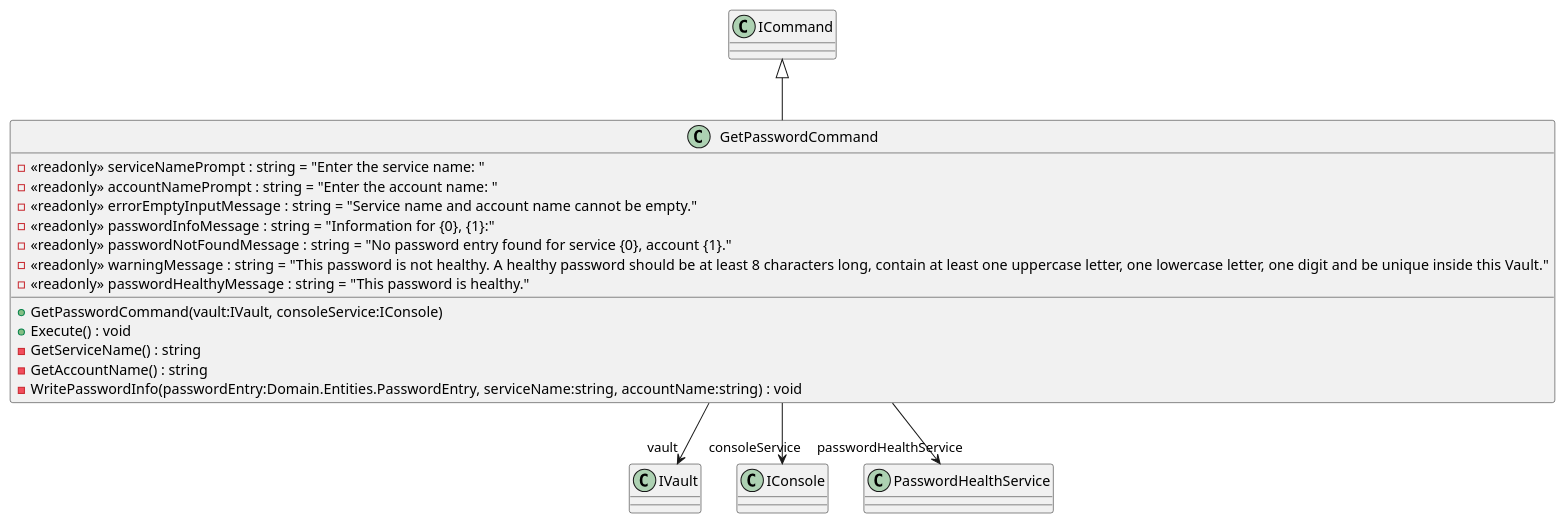
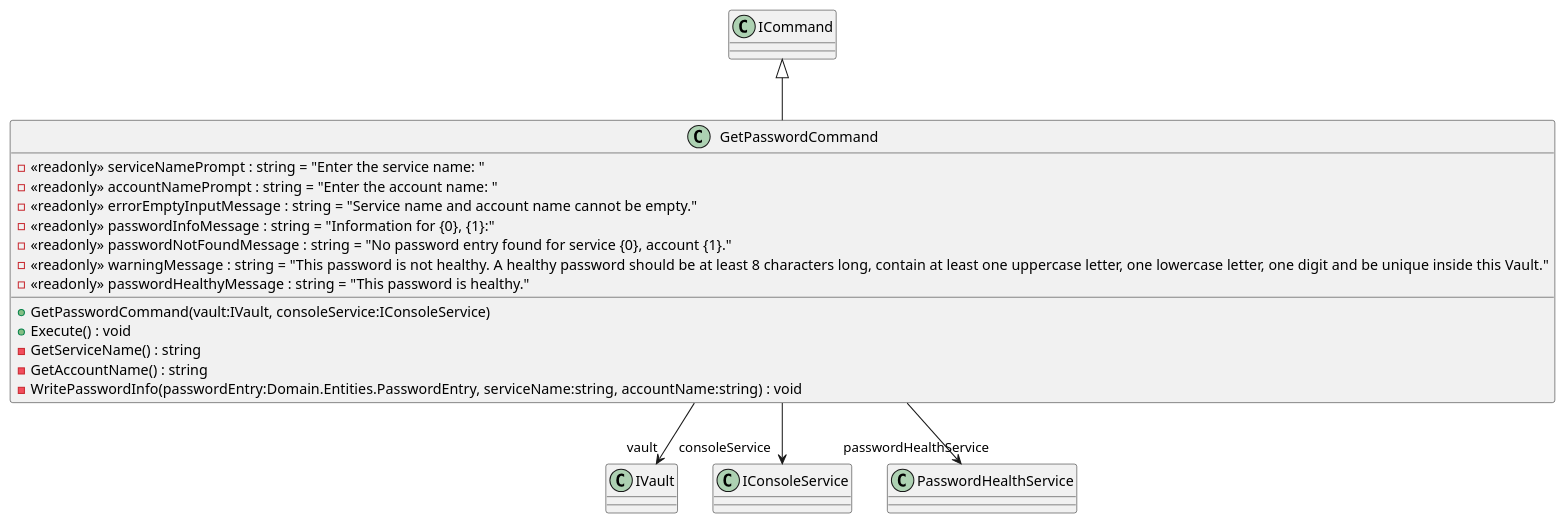
Before and after one commit to BeierKevin/KeyVaultCLI: the diagram in uml/src/KeyVaultCli.Application/PasswordEntry/Commands/GetPasswordEntry/GetPasswordCommand.puml, drawn with PlantUML. The commit also changed 16 other files, not shown here.

```diff
--- a/uml/src/KeyVaultCli.Application/PasswordEntry/Commands/GetPasswordEntry/GetPasswordCommand.puml
+++ b/uml/src/KeyVaultCli.Application/PasswordEntry/Commands/GetPasswordEntry/GetPasswordCommand.puml
@@ -1,20 +1,20 @@
 @startuml
 class GetPasswordCommand {
     - <<readonly>> serviceNamePrompt : string = "Enter the service name: "
     - <<readonly>> accountNamePrompt : string = "Enter the account name: "
     - <<readonly>> errorEmptyInputMessage : string = "Service name and account name cannot be empty."
     - <<readonly>> passwordInfoMessage : string = "Information for {0&#125;, {1&#125;:"
     - <<readonly>> passwordNotFoundMessage : string = "No password entry found for service {0&#125;, account {1&#125;."
     - <<readonly>> warningMessage : string = "This password is not healthy. A healthy password should be at least 8 characters long, contain at least one uppercase letter, one lowercase letter, one digit and be unique inside this Vault."
     - <<readonly>> passwordHealthyMessage : string = "This password is healthy."
-    + GetPasswordCommand(vault:IVault, consoleService:IConsole)
+    + GetPasswordCommand(vault:IVault, consoleService:IConsoleService)
     + Execute() : void
     - GetServiceName() : string
     - GetAccountName() : string
     - WritePasswordInfo(passwordEntry:Domain.Entities.PasswordEntry, serviceName:string, accountName:string) : void
 }
 ICommand <|-- GetPasswordCommand
 GetPasswordCommand --> "vault" IVault
-GetPasswordCommand --> "consoleService" IConsole
+GetPasswordCommand --> "consoleService" IConsoleService
 GetPasswordCommand --> "passwordHealthService" PasswordHealthService
 @enduml
```
